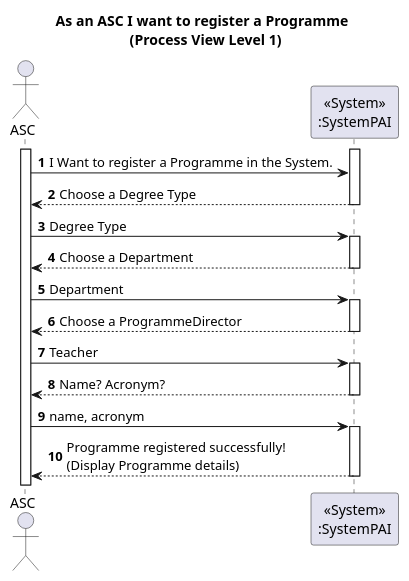
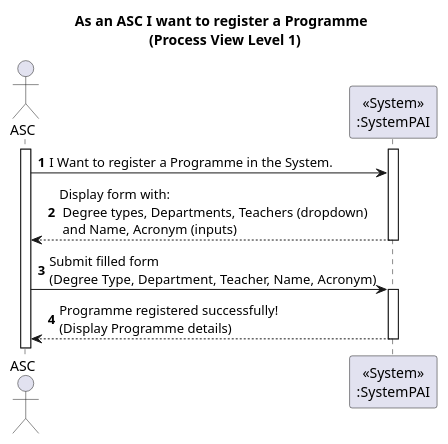
One commit to GasparISEP/DevOps-PAI changed the diagram in docs/US31/ProcessView/Level1.puml. Above: the diagram before and after it, drawn with PlantUML. The commit also changed 5 other files, not shown here.

Commit message:
Ref #653: Refactor Process View diagrams to use o] notation for external interactions, and update Process View Level 1 diagram to reflect single-step form submission

```diff
--- a/docs/US31/ProcessView/Level1.puml
+++ b/docs/US31/ProcessView/Level1.puml
@@ -1,31 +1,19 @@
 @startuml
 autonumber
 
 title As an ASC I want to register a Programme \n (Process View Level 1)
 
 actor ASC as Admin
 participant "<<System>>\n:SystemPAI" as System
 
 activate Admin
 activate System
 Admin -> System  : I Want to register a Programme in the System.
 
-System --> Admin --: Choose a Degree Type
+System --> Admin --: Display form with: \n Degree types, Departments, Teachers (dropdown) \n and Name, Acronym (inputs)
 
-Admin -> System  ++: Degree Type
-
-System --> Admin --: Choose a Department
-
-Admin -> System  ++: Department
-
-System --> Admin --: Choose a ProgrammeDirector
-
-Admin -> System  ++: Teacher
-
-System --> Admin  --: Name? Acronym?
-
-Admin -> System  ++: name, acronym
+Admin -> System  ++: Submit filled form \n(Degree Type, Department, Teacher, Name, Acronym)
 
 System --> Admin  : Programme registered successfully! \n(Display Programme details)
 deactivate System
 @enduml
```
